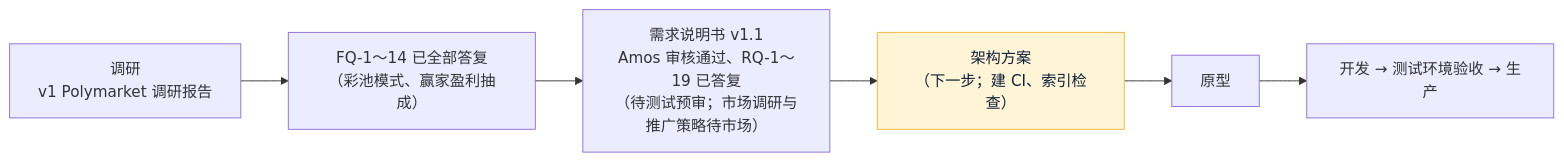
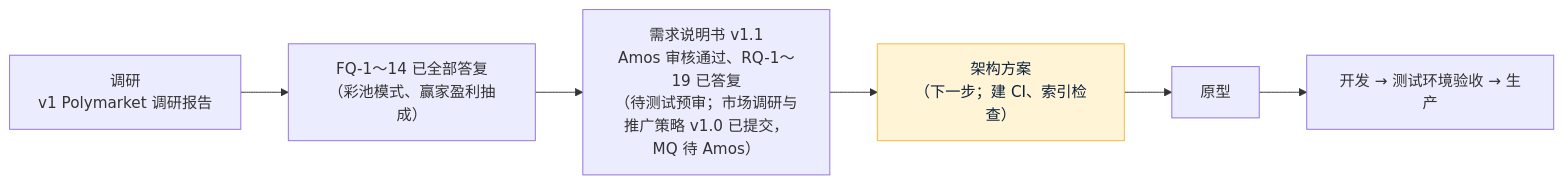
Before and after one commit to dollar3651314/forecast: the diagram in 项目地图.md, drawn with Mermaid. The commit also changed other lines of this file and 5 other files, not shown here.

First line of the commit message:
市场调研与推广策略 v1.0 + 需求 1.5 节、项目地图 / 索引 v0.6

````diff
--- a/项目地图.md
+++ b/项目地图.md
@@ -10,5 +10,5 @@
 ```mermaid
 flowchart LR
-    R["调研<br/>v1 Polymarket 调研报告"] --> Q["FQ-1～14 已全部答复<br/>（彩池模式、赢家盈利抽成）"] --> D["需求说明书 v1.1<br/>Amos 审核通过、RQ-1～19 已答复<br/>（待测试预审；市场调研与推广策略待市场）"] --> A["架构方案<br/>（下一步；建 CI、索引检查）"]:::now --> P["原型"] --> DEV["开发 → 测试环境验收 → 生产"]
+    R["调研<br/>v1 Polymarket 调研报告"] --> Q["FQ-1～14 已全部答复<br/>（彩池模式、赢家盈利抽成）"] --> D["需求说明书 v1.1<br/>Amos 审核通过、RQ-1～19 已答复<br/>（待测试预审；市场调研与推广策略 v1.0 已提交，MQ 待 Amos）"] --> A["架构方案<br/>（下一步；建 CI、索引检查）"]:::now --> P["原型"] --> DEV["开发 → 测试环境验收 → 生产"]
     classDef now fill:#FFF4D6,stroke:#F5B83D,color:#0B1F3A
 ```
````
